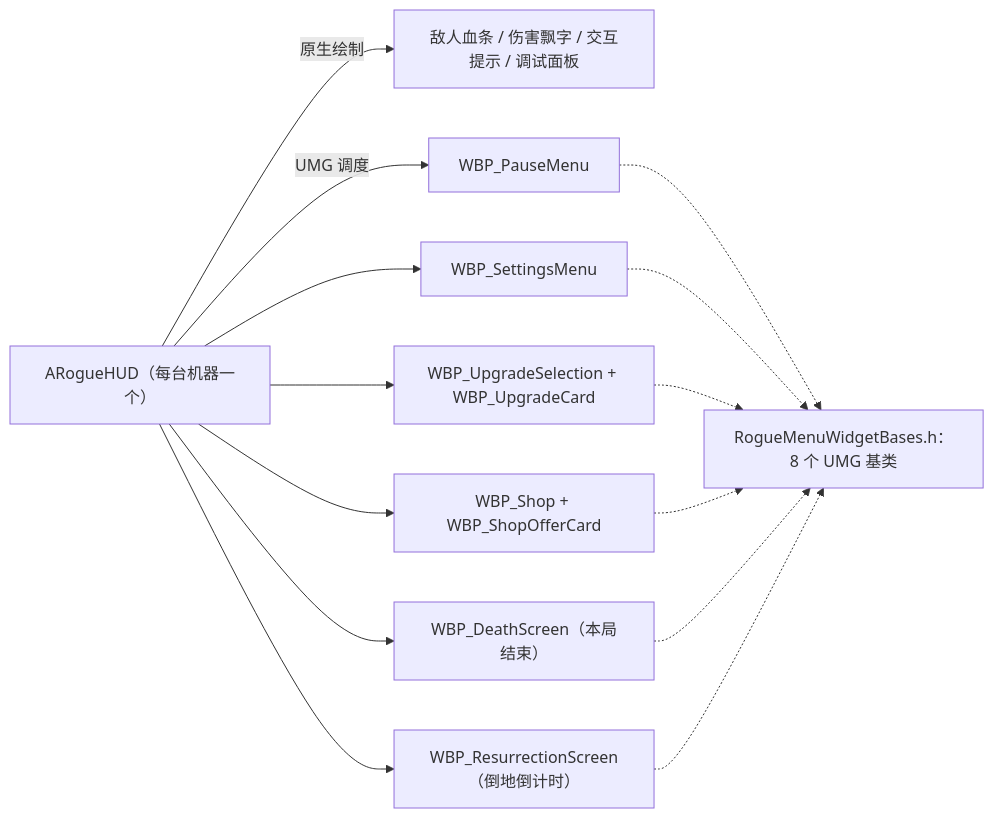
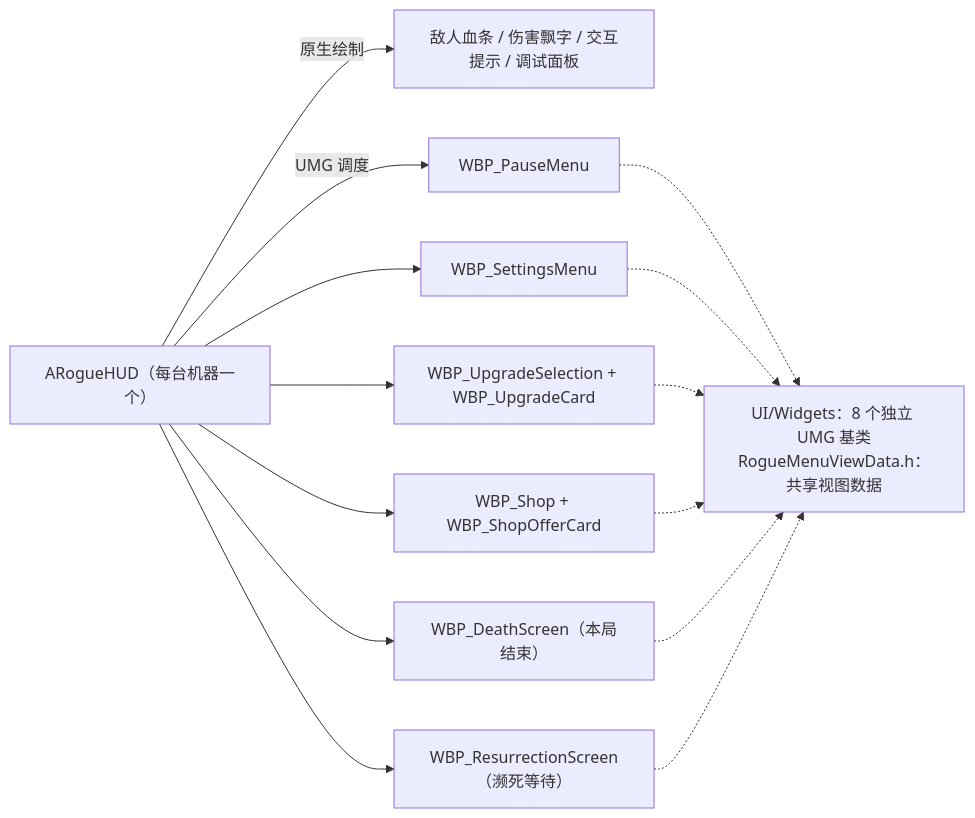
Before and after one commit to Elysiasloverly/AI-: the second of 6 diagrams in Docs/Project-Structure.md, drawn with Mermaid. The commit also changed other lines of this file and 1102 other files, not shown here.

````diff
--- a/Docs/Project-Structure.md
+++ b/Docs/Project-Structure.md
@@ -183,18 +154,18 @@
 ```mermaid
 graph LR
     HUD["ARogueHUD（每台机器一个）"]
     HUD -->|原生绘制| D1["敌人血条 / 伤害飘字 / 交互提示 / 调试面板"]
     HUD -->|UMG 调度| W1["WBP_PauseMenu"]
     HUD --> W2["WBP_SettingsMenu"]
     HUD --> W3["WBP_UpgradeSelection + WBP_UpgradeCard"]
     HUD --> W4["WBP_Shop + WBP_ShopOfferCard"]
     HUD --> W5["WBP_DeathScreen（本局结束）"]
-    HUD --> W6["WBP_ResurrectionScreen（倒地倒计时）"]
-    B["RogueMenuWidgetBases.h：8 个 UMG 基类"]
+    HUD --> W6["WBP_ResurrectionScreen（濒死等待）"]
+    B["UI/Widgets：8 个独立 UMG 基类<br/>RogueMenuViewData.h：共享视图数据"]
     W1 -.-> B
     W2 -.-> B
     W3 -.-> B
     W4 -.-> B
     W5 -.-> B
     W6 -.-> B
 ```
````
